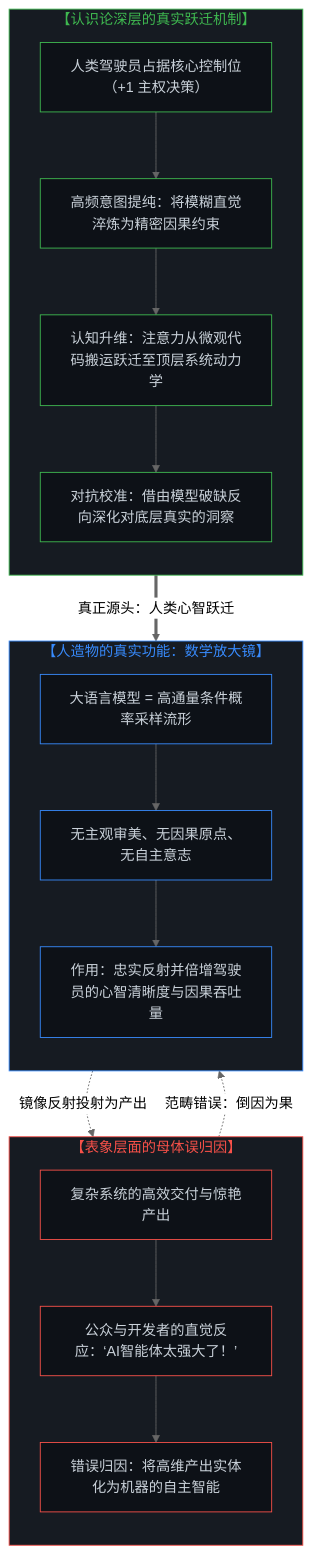
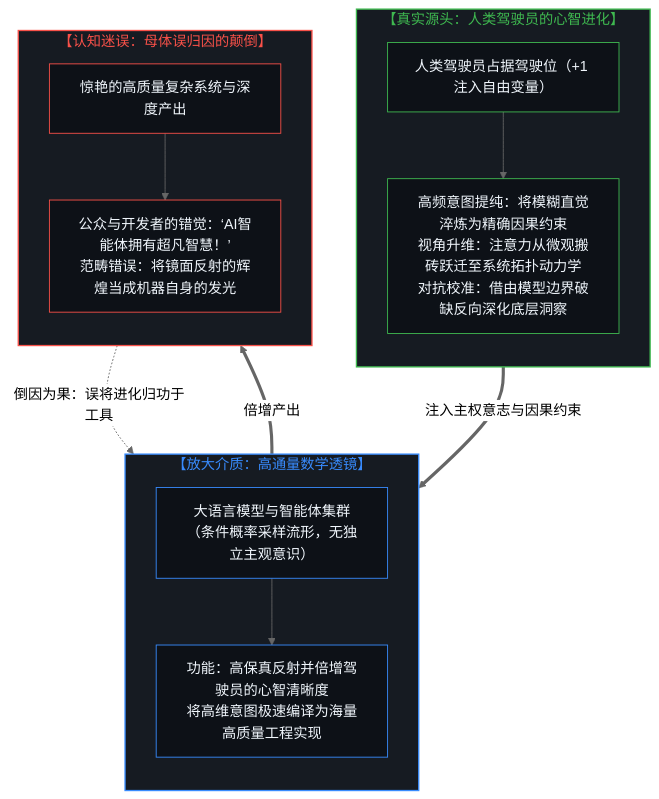
Before and after one commit to powerpig99/not-a-toe: the third of 5 diagrams in content/posts/the-inversion-of-the-harness-and-the-driver-seat-asymmetry.md, drawn with Mermaid (neutral theme). The commit also changed other lines of this file and 3 other files, not shown here.

Commit message:
Optimize Mermaid diagram layouts for readability across Post #322

````diff
--- a/content/posts/the-inversion-of-the-harness-and-the-driver-seat-asymmetry.md
+++ b/content/posts/the-inversion-of-the-harness-and-the-driver-seat-asymmetry.md
@@ -154,45 +139,37 @@
 ```mermaid
 graph TD
-    subgraph S_Illusion["【表象层面的母体误归因】"]
+    subgraph S_HumanDriver["【真实源头：人类驾驶员的心智进化】"]
         direction TB
-        I1["复杂系统的高效交付与惊艳产出"]
-        I2["公众与开发者的直觉反应：‘AI智能体太强大了！’"]
-        I3["错误归因：将高维产出实体化为机器的自主智能"]
-        I1 --> I2 --> I3
+        H1["人类驾驶员占据驾驶位（+1 注入自由变量）"]
+        H2["高频意图提纯：将模糊直觉淬炼为精确因果约束<br/>视角升维：注意力从微观搬砖跃迁至系统拓扑动力学<br/>对抗校准：借由模型边界破缺反向深化底层洞察"]
+        H1 --> H2
     end
 
-    subgraph S_Reality["【认识论深层的真实跃迁机制】"]
+    subgraph S_MathMirror["【放大介质：高通量数学透镜】"]
         direction TB
-        R1["人类驾驶员占据核心控制位（+1 主权决策）"]
-        R2["高频意图提纯：将模糊直觉淬炼为精密因果约束"]
-        R3["认知升维：注意力从微观代码搬运跃迁至顶层系统动力学"]
-        R4["对抗校准：借由模型破缺反向深化对底层真实的洞察"]
-        R1 --> R2 --> R3 --> R4
+        M1["大语言模型与智能体集群<br/>（条件概率采样流形，无独立主观意识）"]
+        M2["功能：高保真反射并倍增驾驶员的心智清晰度<br/>将高维意图极速编译为海量高质量工程实现"]
+        M1 --> M2
     end
 
-    subgraph S_Mirror["【人造物的真实功能：数学放大镜】"]
+    subgraph S_Misattribution["【认知迷误：母体误归因的颠倒】"]
         direction TB
-        M1["大语言模型 = 高通量条件概率采样流形"]
-        M2["无主观审美、无因果原点、无自主意志"]
-        M3["作用：忠实反射并倍增驾驶员的心智清晰度与因果吞吐量"]
-        M1 --> M2 --> M3
+        E1["惊艳的高质量复杂系统与深度产出"]
+        E2["公众与开发者的错觉：‘AI智能体拥有超凡智慧！’<br/>范畴错误：将镜面反射的辉煌当成机器自身的发光"]
+        E1 --> E2
     end
 
-    R4 ==>|"真正源头：人类心智跃迁"| M3
-    M3 -.->|"镜像反射投射为产出"| I1
-    I3 -.->|"范畴错误：倒因为果"| M1
+    H2 ==>|"注入主权意志与因果约束"| M1
+    M2 ==>|"倍增产出"| E1
+    E2 -.->|"倒因为果：误将进化归功于工具"| M1
 
-    style S_Illusion fill:#161b22,stroke:#f85149,stroke-width:1px,color:#f85149
-    style S_Reality fill:#161b22,stroke:#3fb950,stroke-width:1px,color:#3fb950
-    style S_Mirror fill:#161b22,stroke:#388bfd,stroke-width:1px,color:#388bfd
-    style I1 fill:#0d1117,stroke:#f85149,stroke-width:1px,color:#c9d1d9
-    style I2 fill:#0d1117,stroke:#f85149,stroke-width:1px,color:#c9d1d9
-    style I3 fill:#0d1117,stroke:#f85149,stroke-width:1px,color:#c9d1d9
-    style R1 fill:#0d1117,stroke:#3fb950,stroke-width:1px,color:#c9d1d9
-    style R2 fill:#0d1117,stroke:#3fb950,stroke-width:1px,color:#c9d1d9
-    style R3 fill:#0d1117,stroke:#3fb950,stroke-width:1px,color:#c9d1d9
-    style R4 fill:#0d1117,stroke:#3fb950,stroke-width:1px,color:#c9d1d9
-    style M1 fill:#0d1117,stroke:#388bfd,stroke-width:1px,color:#c9d1d9
-    style M2 fill:#0d1117,stroke:#388bfd,stroke-width:1px,color:#c9d1d9
-    style M3 fill:#0d1117,stroke:#388bfd,stroke-width:1px,color:#c9d1d9
+    style S_HumanDriver fill:#161b22,stroke:#3fb950,stroke-width:1.5px,color:#3fb950
+    style S_MathMirror fill:#161b22,stroke:#388bfd,stroke-width:1.5px,color:#388bfd
+    style S_Misattribution fill:#161b22,stroke:#f85149,stroke-width:1.5px,color:#f85149
+    style H1 fill:#0d1117,stroke:#3fb950,stroke-width:1px,color:#f0f6fc
+    style H2 fill:#0d1117,stroke:#3fb950,stroke-width:1px,color:#f0f6fc
+    style M1 fill:#0d1117,stroke:#388bfd,stroke-width:1px,color:#f0f6fc
+    style M2 fill:#0d1117,stroke:#388bfd,stroke-width:1px,color:#f0f6fc
+    style E1 fill:#0d1117,stroke:#f85149,stroke-width:1px,color:#f0f6fc
+    style E2 fill:#0d1117,stroke:#f85149,stroke-width:1px,color:#f0f6fc
 ```
````
